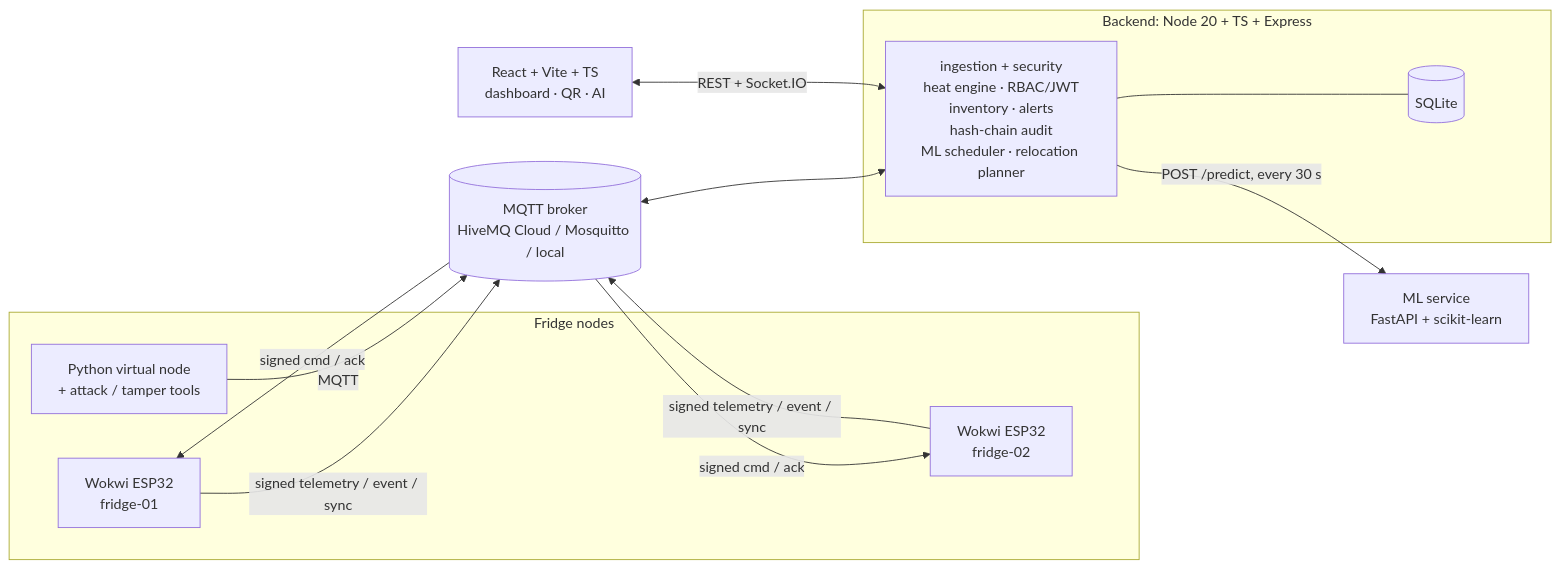
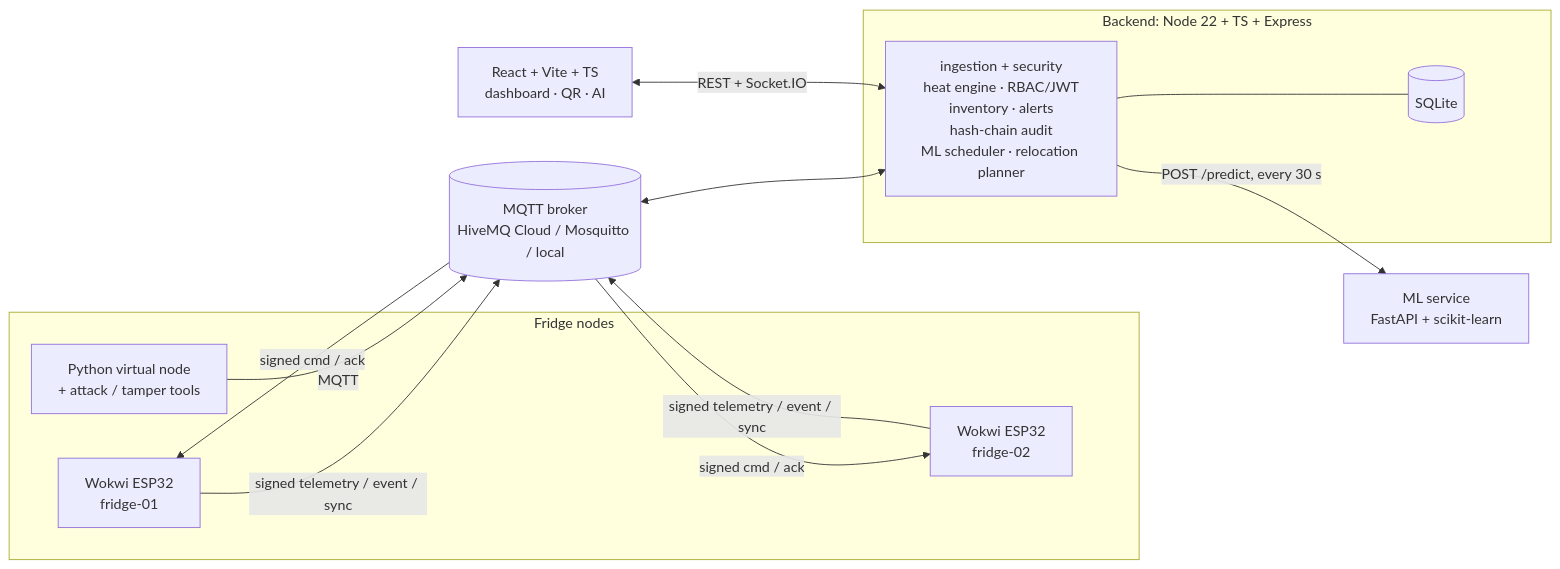
The diagram in README.md (odittodhrubo/ColdChain), drawn with Mermaid before and after one commit. The commit also changed other lines of this file and 315 other files, not shown here.

````diff
--- a/README.md
+++ b/README.md
@@ -14,23 +14,23 @@
 ```mermaid
 flowchart LR
   subgraph Nodes["Fridge nodes"]
     W1["Wokwi ESP32<br/>fridge-01"]
     W2["Wokwi ESP32<br/>fridge-02"]
     VN["Python virtual node<br/>+ attack / tamper tools"]
   end
   B[("MQTT broker<br/>HiveMQ Cloud / Mosquitto / local")]
-  subgraph Server["Backend: Node 20 + TS + Express"]
+  subgraph Server["Backend: Node 22 + TS + Express"]
     API["ingestion + security<br/>heat engine · RBAC/JWT<br/>inventory · alerts<br/>hash-chain audit<br/>ML scheduler · relocation planner"]
     DB[("SQLite")]
   end
   UI["React + Vite + TS<br/>dashboard · QR · AI"]
   ML["ML service<br/>FastAPI + scikit-learn"]
 
   W1 & W2 -- "signed telemetry / event / sync" --> B
   B -- "signed cmd / ack" --> W1 & W2
   VN -- MQTT --> B
   B <--> API
   API --- DB
   UI <-- "REST + Socket.IO" --> API
   API -- "POST /predict, every 30 s" --> ML
 ```
````
